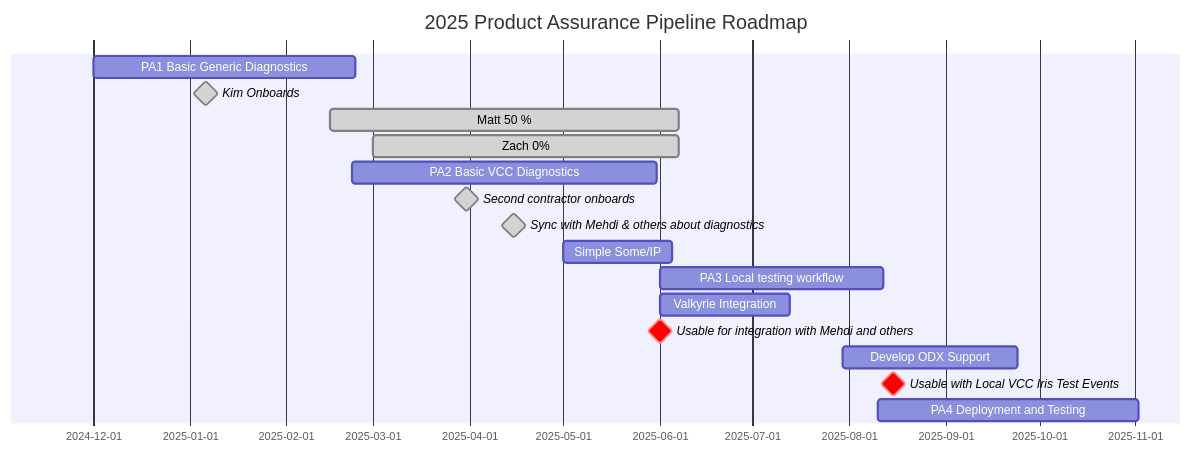
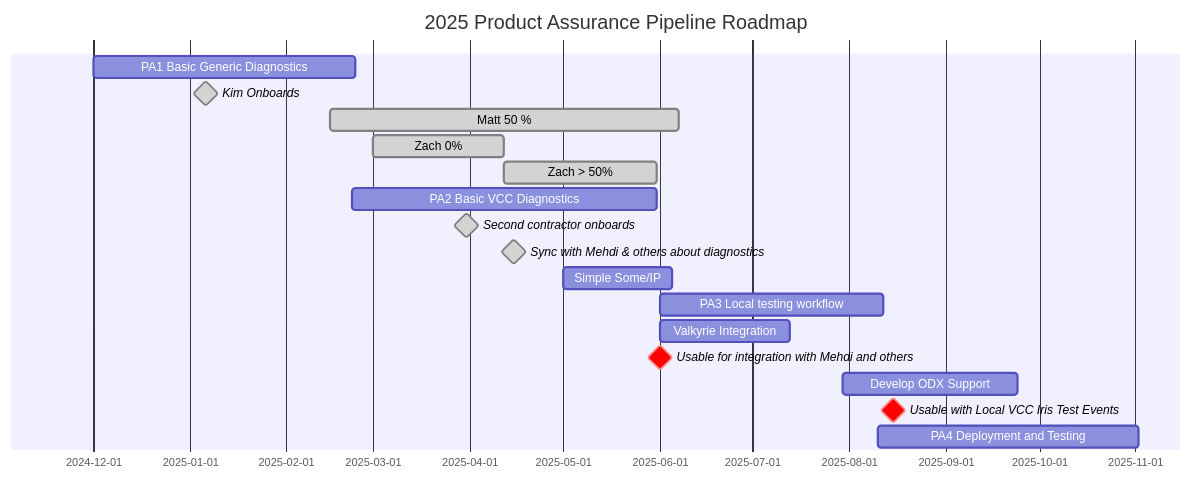
The first of 3 diagrams in docs/README.md (matthew-beisser/testing-automation-pipeline-3), drawn with Mermaid before and after one commit.

Commit message:
Update gnatt chart

````diff
--- a/docs/README.md
+++ b/docs/README.md
@@ -57,19 +57,20 @@
 ``` mermaid
 gantt
     title 2025 Product Assurance Pipeline Roadmap
     dateFormat  YYYY-MM
     PA1 Basic Generic Diagnostics: d1, 2024-12, 12w
     Kim Onboards:done, milestone, 2025-01-06, 0d
     Matt 50 %:done, 2025-02-15, 16w
-    Zach 0%:done, 2025-03-01, 14w
+    Zach 0%:done, 2025-03-01, 6w
+    Zach > 50%:done, 2025-04-12, 7w
     PA2 Basic VCC Diagnostics  :a1, 2025-02-22, 14w
     Second contractor onboards: milestone,done, 2025-03-31, 0d
     Sync with Mehdi & others about diagnostics:done, milestone, 2025-04-15, 0d
     Simple Some/IP : e1, 2025-05-01, 5w
     PA3 Local testing workflow :b1, 2025-06, 72d
     Valkyrie Integration: g1, 2025-06-01, 6w
     Usable for integration with Mehdi and others:crit, milestone, 2025-06-01, 0d
     Develop ODX Support: f1, 2025-07-30, 8w
     Usable with Local VCC Iris Test Events:crit, milestone, 2025-08-15, 0d
     PA4 Deployment and Testing  :c1, 2025-08-10, 12w
 ```
````
